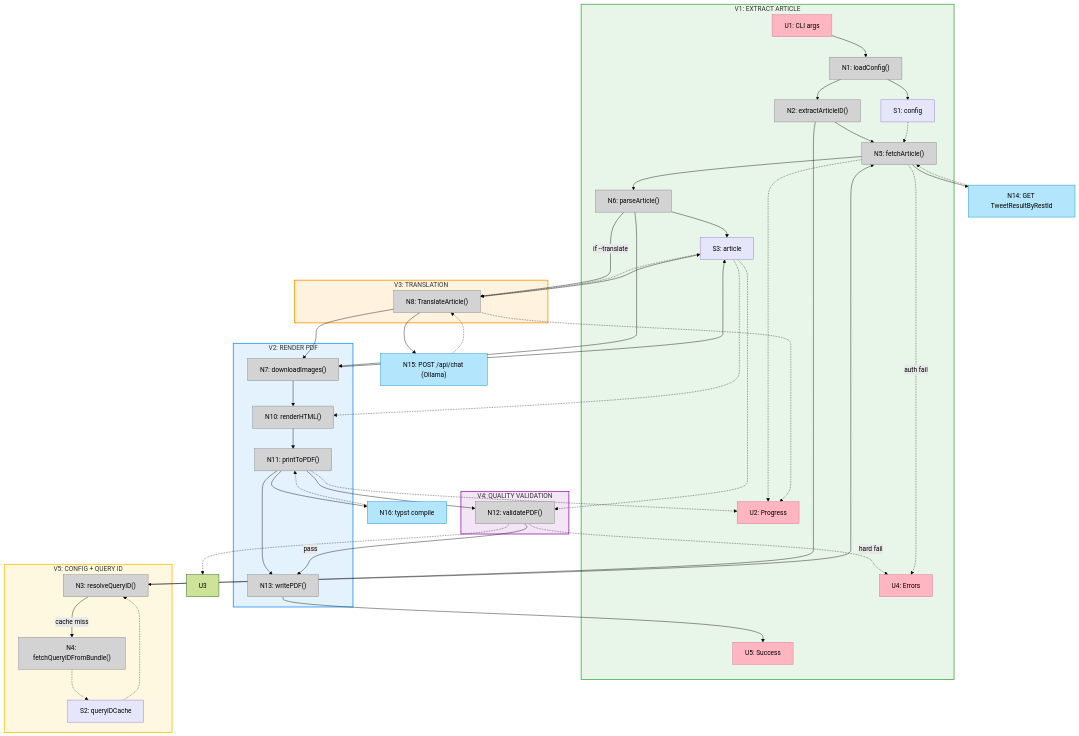
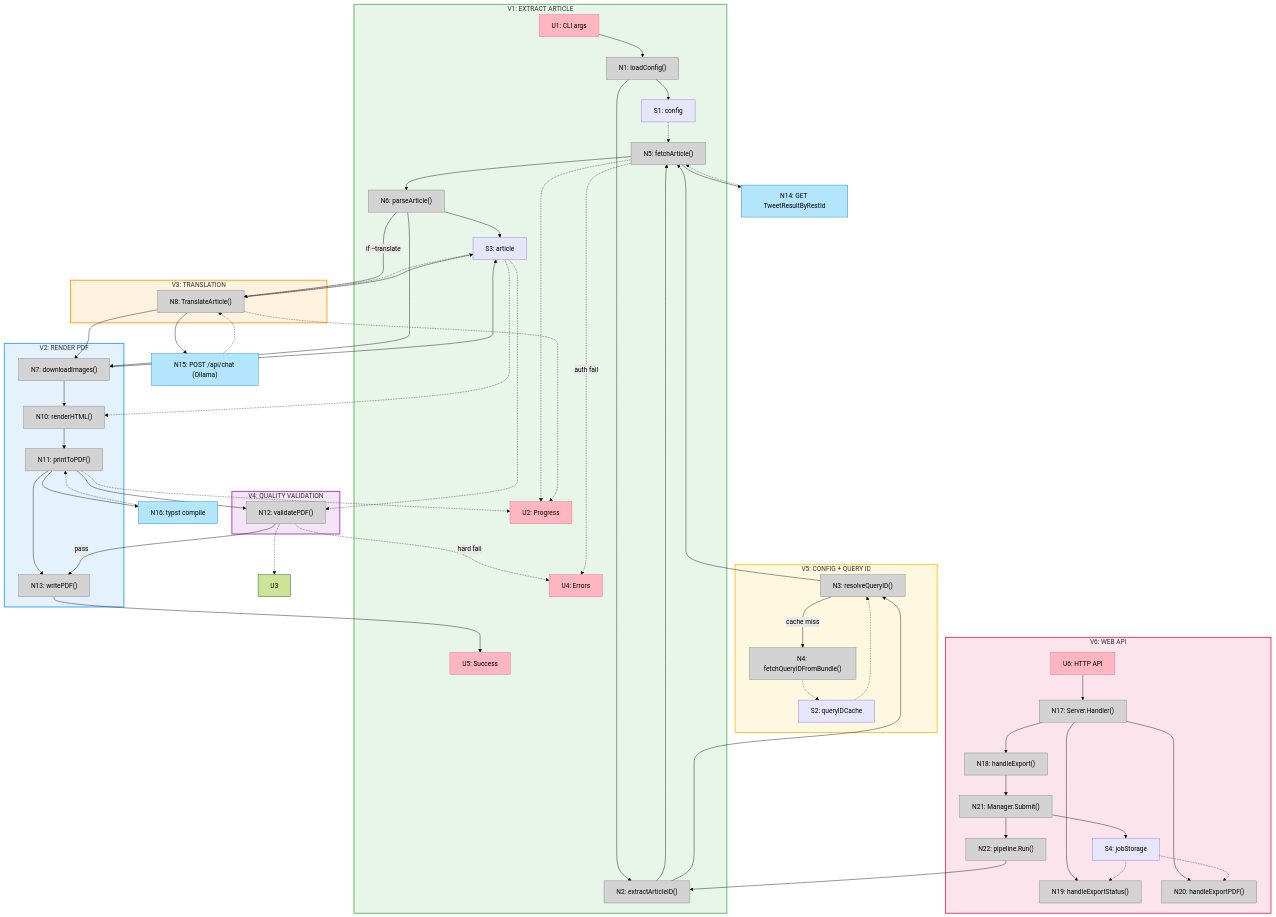
Before and after one commit to charlessuo/x-article-exporter: the diagram in shaping/slices.md, drawn with Mermaid (forest theme). The commit also changed other lines of this file and 5 other files, not shown here.

````diff
--- a/shaping/slices.md
+++ b/shaping/slices.md
@@ -193,6 +231,17 @@
         S2["S2: queryIDCache"]
     end
 
+    subgraph V6["V6: WEB API"]
+        U6["U6: HTTP API"]
+        N17["N17: Server.Handler()"]
+        N18["N18: handleExport()"]
+        N19["N19: handleExportStatus()"]
+        N20["N20: handleExportPDF()"]
+        N21["N21: Manager.Submit()"]
+        N22["N22: pipeline.Run()"]
+        S4["S4: jobStorage"]
+    end
+
     %% External systems
     N14["N14: GET TweetResultByRestId"]
     N15["N15: POST /api/chat (Ollama)"]
@@ -203,6 +252,7 @@
     V2 ~~~ V3
     V3 ~~~ V4
     V4 ~~~ V5
+    V5 ~~~ V6
 
     %% V1 flow
     U1 --> N1
@@ -254,20 +304,33 @@
     N8 -.-> U2
     N11 -.-> U2
 
+    %% V6 flow
+    U6 --> N17
+    N17 --> N18
+    N17 --> N19
+    N17 --> N20
+    N18 --> N21
+    N21 --> N22
+    N22 --> N2
+    N21 --> S4
+    S4 -.-> N19
+    S4 -.-> N20
+
     %% Slice boundary styling
     style V1 fill:#e8f5e9,stroke:#4caf50,stroke-width:2px
     style V2 fill:#e3f2fd,stroke:#2196f3,stroke-width:2px
     style V3 fill:#fff3e0,stroke:#ff9800,stroke-width:2px
     style V4 fill:#f3e5f5,stroke:#9c27b0,stroke-width:2px
     style V5 fill:#fff8e1,stroke:#ffc107,stroke-width:2px
+    style V6 fill:#fce4ec,stroke:#e91e63,stroke-width:2px
 
     classDef ui fill:#ffb6c1,stroke:#d87093,color:#000
     classDef nonui fill:#d3d3d3,stroke:#808080,color:#000
     classDef store fill:#e6e6fa,stroke:#9370db,color:#000
     classDef external fill:#b3e5fc,stroke:#0288d1,color:#000
 
-    class U1,U2,U4,U5 ui
-    class N1,N2,N3,N4,N5,N6,N7,N8,N10,N11,N12,N13 nonui
+    class U1,U2,U4,U5,U6 ui
+    class N1,N2,N3,N4,N5,N6,N7,N8,N10,N11,N12,N13,N17,N18,N19,N20,N21,N22 nonui
     class N14,N15,N16 external
-    class S1,S2,S3 store
+    class S1,S2,S3,S4 store
 ```
````
